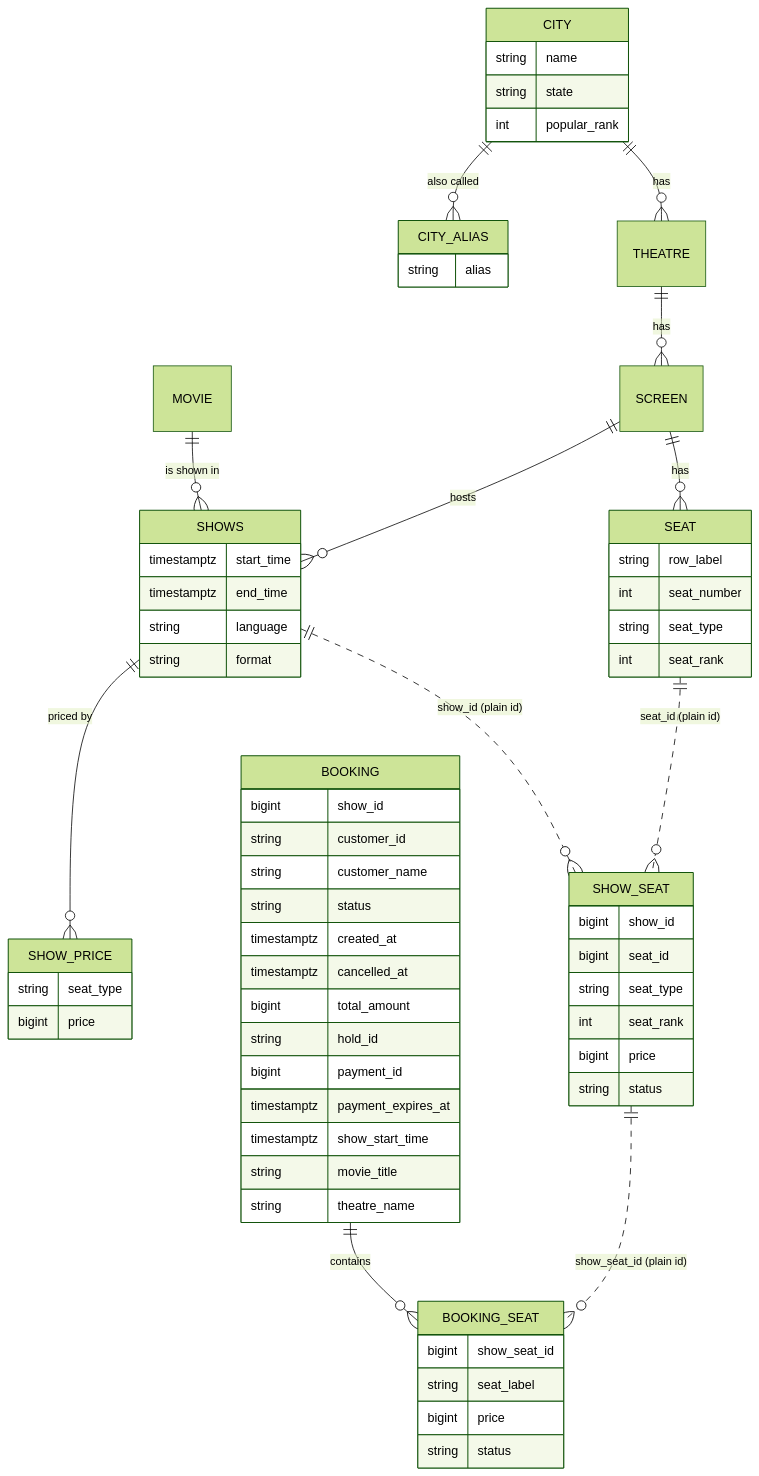
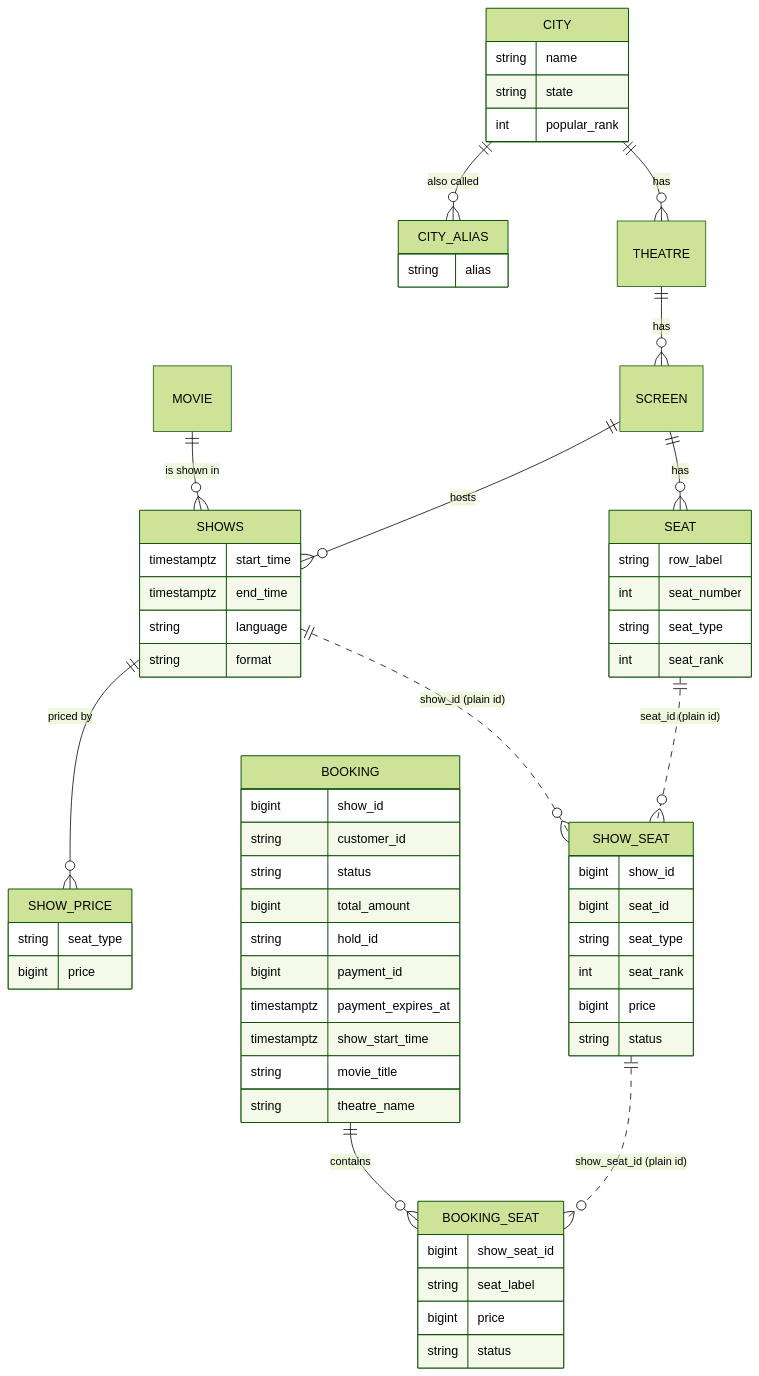
One commit to GopiSVDev/seat-lock changed the fourth of 4 diagrams in README.md. Above: the diagram before and after it, drawn with Mermaid (forest theme). The commit also changed other lines of this file and 3 other files, not shown here.

````diff
--- a/README.md
+++ b/README.md
@@ -526,68 +466,65 @@
 ```mermaid
 erDiagram
     CITY ||--o{ CITY_ALIAS : "also called"
     CITY ||--o{ THEATRE : has
     THEATRE ||--o{ SCREEN : has
     SCREEN ||--o{ SEAT : has
     MOVIE ||--o{ SHOWS : "is shown in"
     SCREEN ||--o{ SHOWS : hosts
     SHOWS ||--o{ SHOW_PRICE : "priced by"
     SHOWS ||..o{ SHOW_SEAT : "show_id (plain id)"
     SEAT ||..o{ SHOW_SEAT : "seat_id (plain id)"
     BOOKING ||--o{ BOOKING_SEAT : contains
     SHOW_SEAT ||..o{ BOOKING_SEAT : "show_seat_id (plain id)"
 
     CITY {
         string name
         string state
         int popular_rank
     }
     CITY_ALIAS {
         string alias
     }
     SEAT {
         string row_label
         int seat_number
         string seat_type
         int seat_rank
     }
     SHOWS {
         timestamptz start_time
         timestamptz end_time
         string language
         string format
     }
     SHOW_PRICE {
         string seat_type
         bigint price
     }
     SHOW_SEAT {
         bigint show_id
         bigint seat_id
         string seat_type
         int seat_rank
         bigint price
         string status
     }
     BOOKING {
         bigint show_id
         string customer_id
-        string customer_name
         string status
-        timestamptz created_at
-        timestamptz cancelled_at
         bigint total_amount
         string hold_id
         bigint payment_id
         timestamptz payment_expires_at
         timestamptz show_start_time
         string movie_title
         string theatre_name
     }
     BOOKING_SEAT {
         bigint show_seat_id
         string seat_label
         bigint price
         string status
     }
 ```
````
